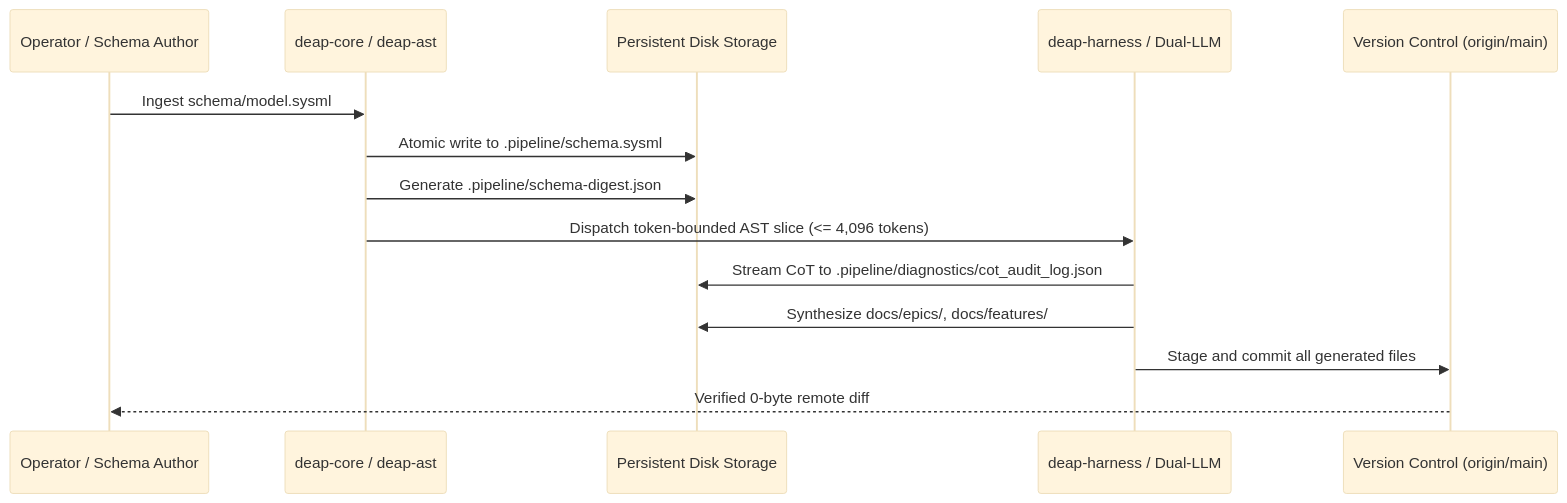
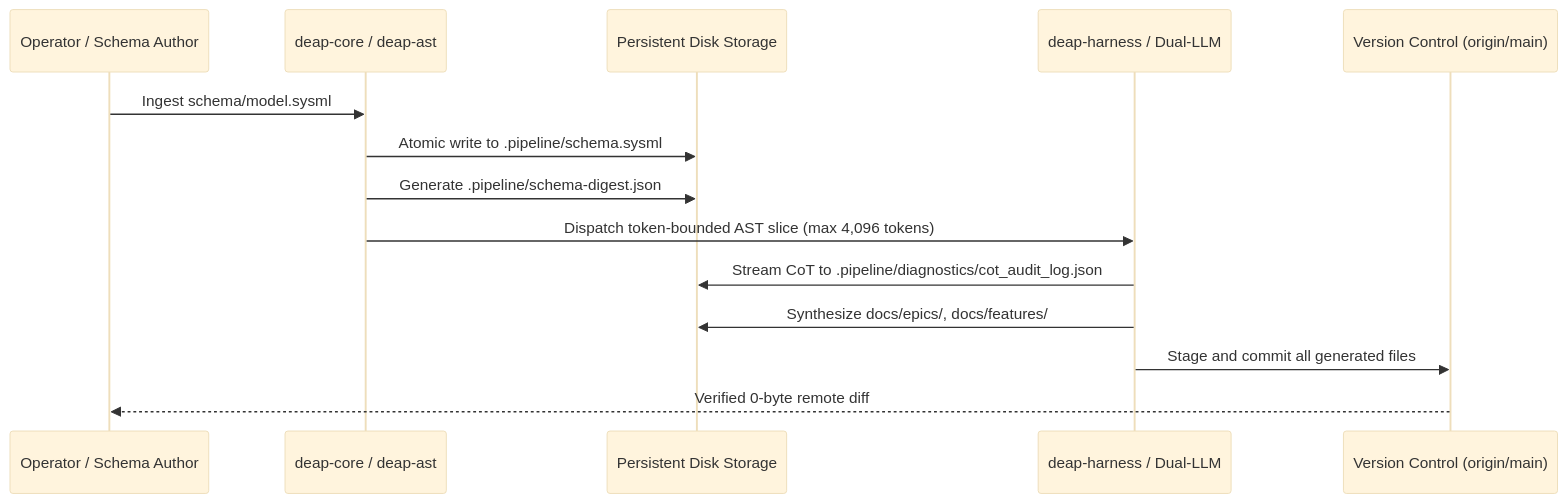
Before and after one commit to gintatkinson/DEAP01-spec-core: the second of 2 diagrams in docs/architecture/blueprints/PERSISTENCE_ARCHITECTURE.md, drawn with Mermaid (base theme). The commit also changed 595 other files, not shown here.

````diff
--- a/docs/architecture/blueprints/PERSISTENCE_ARCHITECTURE.md
+++ b/docs/architecture/blueprints/PERSISTENCE_ARCHITECTURE.md
@@ -233,17 +233,17 @@
 ```mermaid
 sequenceDiagram
     participant User as Operator / Schema Author
     participant Compiler as deap-core / deap-ast
     participant Storage as Persistent Disk Storage
     participant Agent as deap-harness / Dual-LLM
     participant Git as Version Control (origin/main)
 
     User->>Compiler: Ingest schema/model.sysml
     Compiler->>Storage: Atomic write to .pipeline/schema.sysml
     Compiler->>Storage: Generate .pipeline/schema-digest.json
-    Compiler->>Agent: Dispatch token-bounded AST slice (<= 4,096 tokens)
+    Compiler->>Agent: Dispatch token-bounded AST slice (max 4,096 tokens)
     Agent->>Storage: Stream CoT to .pipeline/diagnostics/cot_audit_log.json
     Agent->>Storage: Synthesize docs/epics/, docs/features/
     Agent->>Git: Stage and commit all generated files
     Git-->>User: Verified 0-byte remote diff
 ```
````
